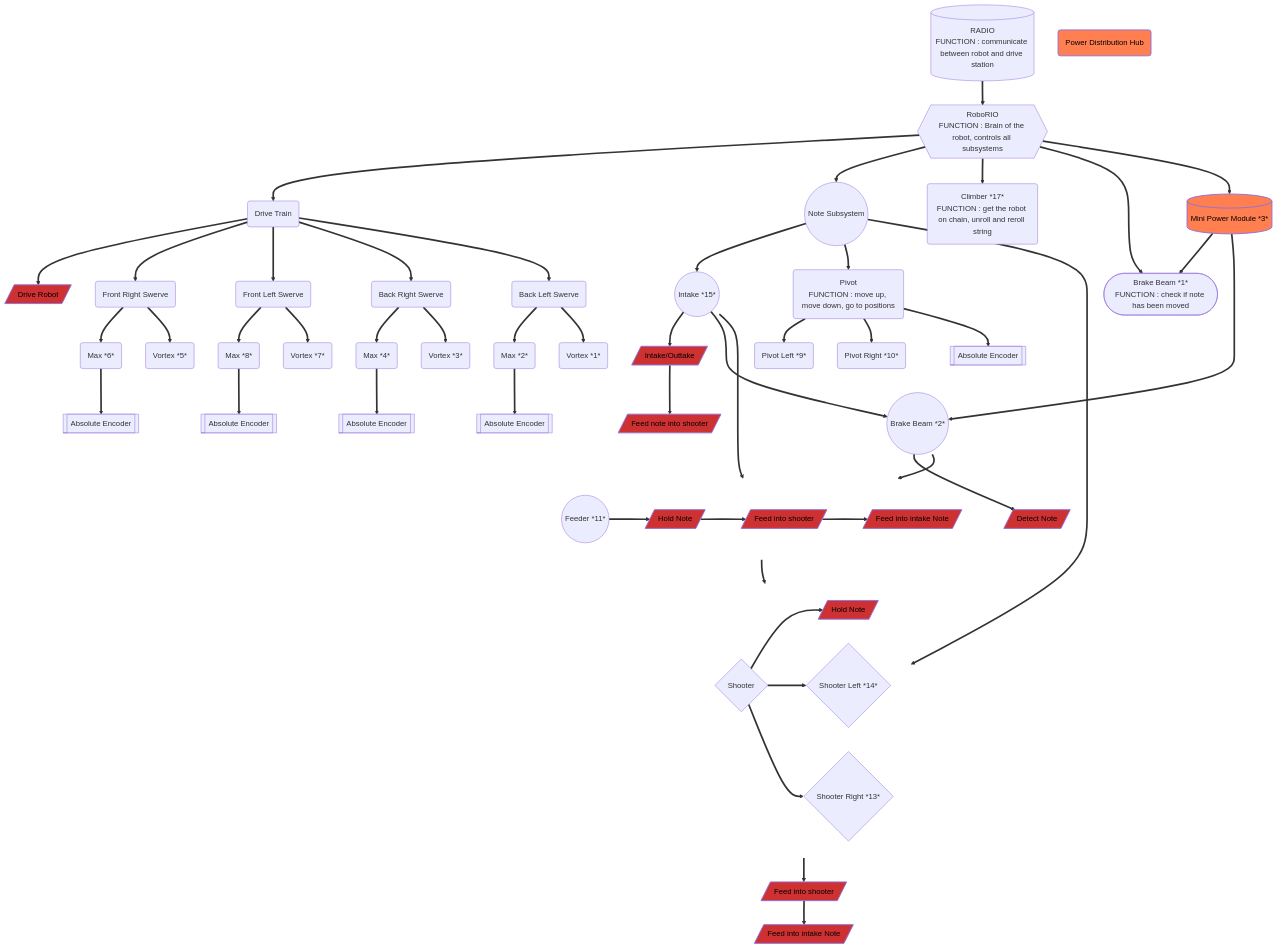
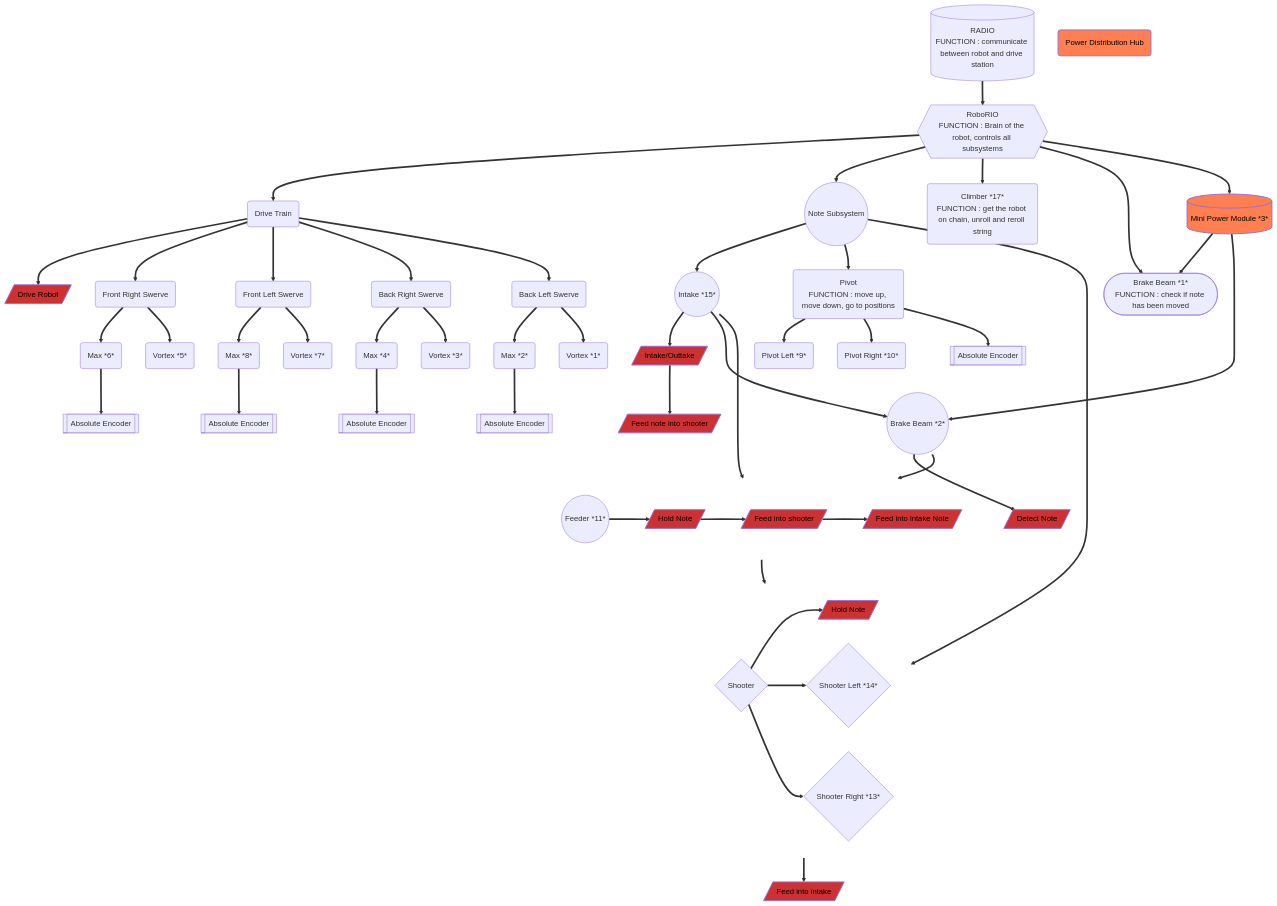
The diagram in tony_graphs.md (richardson-area-wide-robotics/Frc24-Crescendo-1745-OffSeason-AdvantageKit), drawn with Mermaid before and after one commit.

````diff
--- a/tony_graphs.md
+++ b/tony_graphs.md
@@ -1,80 +1,79 @@
 ```mermaid
 
 graph TD;
     subgraph invisibleShooterGroup
         direction LR
         ShooterSystem{Shooter};
         ShooterSystem==>FUNCSHOOTER;
         ShooterSystem==>ShooterLeft{Shooter Left *14*};
         ShooterSystem==>ShooterRight{Shooter Right *13*};
     end
 
 subgraph invisibleFeederGroup
         direction LR
         FeederSystem ==>FUNCFEEDER;
         FUNCFEEDER[/Hold Note/] ==>FUNCFEEDER2;
         FUNCFEEDER2[/Feed into shooter/] ==> FUNCFEEDER3;
         FUNCFEEDER3[/Feed into intake Note/];
     end
 
     RoboRIO{{RoboRIO
 FUNCTION : Brain of the robot, controls all subsystems}}==>DriveTrain;
     DriveTrain(Drive Train);
     DriveTrain==>FUNCDRIVE[/Drive Robot/];
     RoboRIO==>NoteSubsystem((Note Subsystem));
     NoteSubsystem==>IntakeSystem((Intake *15*));
     NoteSubsystem==>ShooterSystem;
     RoboRIO==>ClimberSystem(Climber *17*
 FUNCTION : get the robot on chain, unroll and reroll string);
     IntakeSystem==>FeederSystem((Feeder *11*))==>ShooterSystem;
     IntakeSystem==>FUNCINTAKE1;
     NoteSubsystem==>PivotSystem(Pivot
 FUNCTION : move up, move down, go to positions);
     PivotSystem==>PivotLeft(Pivot Left *9*);
     PivotSystem==>PivotRight(Pivot Right *10*);
     DriveTrain==>FrontRightSwerve(Front Right Swerve);
     DriveTrain==>FrontLeftSwerve(Front Left Swerve);
     DriveTrain==>BackRightSwerve(Back Right Swerve);
     DriveTrain==>BackLeftSwerve(Back Left Swerve);
     FrontRightSwerve==>MaxFR(Max *6*);
     FrontLeftSwerve==>MaxFL(Max *8*);
     BackRightSwerve==>MaxBR(Max *4*);
     BackLeftSwerve==>MaxBL(Max *2*);
     FrontRightSwerve==>VortexFR(Vortex *5*);
     FrontLeftSwerve==>VortexFL(Vortex *7*);
     BackRightSwerve==>VortexBR(Vortex *3*);
     BackLeftSwerve==>VortexBL(Vortex *1*);
     MaxFR==>EncoderFR[[Absolute Encoder]];
     MaxFL==>EncoderFL[[Absolute Encoder]];
     MaxBR==>EncoderBR[[Absolute Encoder]];
     MaxBL==>EncoderBL[[Absolute Encoder]];
     PivotSystem==>PivotEncoder[[Absolute Encoder]];
     IntakeSystem===>BrakeBeamNote((Brake Beam *2*))==>FeederSystem;
     BrakeBeamNote==>FUNCBREAKBEAM;
     RoboRIO==>ShooterBrakeBeam([Brake Beam *1*
 FUNCTION : check if note has been moved]);
     RoboRIO==>MiniPowerModule[(Mini Power Module *3*)]==>ShooterBrakeBeam;
     MiniPowerModule[(Mini Power Module *3*)]==>BrakeBeamNote;
     RADIO[(RADIO
 FUNCTION : communicate between robot and drive station)]==>RoboRIO;
     FUNCINTAKE1[/Intake/Outtake/]==>FUNCINTAKE2;
     FUNCINTAKE2[/Feed note into shooter/];
     FUNCBREAKBEAM[/Detect Note/];
     FUNCSHOOTER[/Hold Note/] ==>FUNCSHOOTER2;
-    FUNCSHOOTER2[/Feed into shooter/] ==> FUNCSHOOTER3;
-    FUNCSHOOTER3[/Feed into intake Note/];
+    FUNCSHOOTER2[/Feed into intake/];
     PDH(Power Distribution Hub);
 
     classDef fuctionStyle fill:#ce3131,stroke-width:2px,color:#000;
     class FUNCINTAKE1,FUNCINTAKE2,FUNCINTAKE3,FUNCBREAKBEAM,FUNCFEEDER,FUNCFEEDER2,FUNCFEEDER3,FUNCSHOOTER,FUNCSHOOTER2,FUNCSHOOTER3,FUNCDRIVE, fuctionStyle;
 
     classDef invisible fill:none,stroke:none,color:transparent;
     class invisibleShooterGroup,invisibleFeederGroup invisible;
 
     classDef powerStyle fill:#ff7f50,stroke-width:2px,color:#000;
     class PDH,MiniPowerModule powerStyle;
 
     linkStyle default interpolate basis;
 
 
 ```
````
